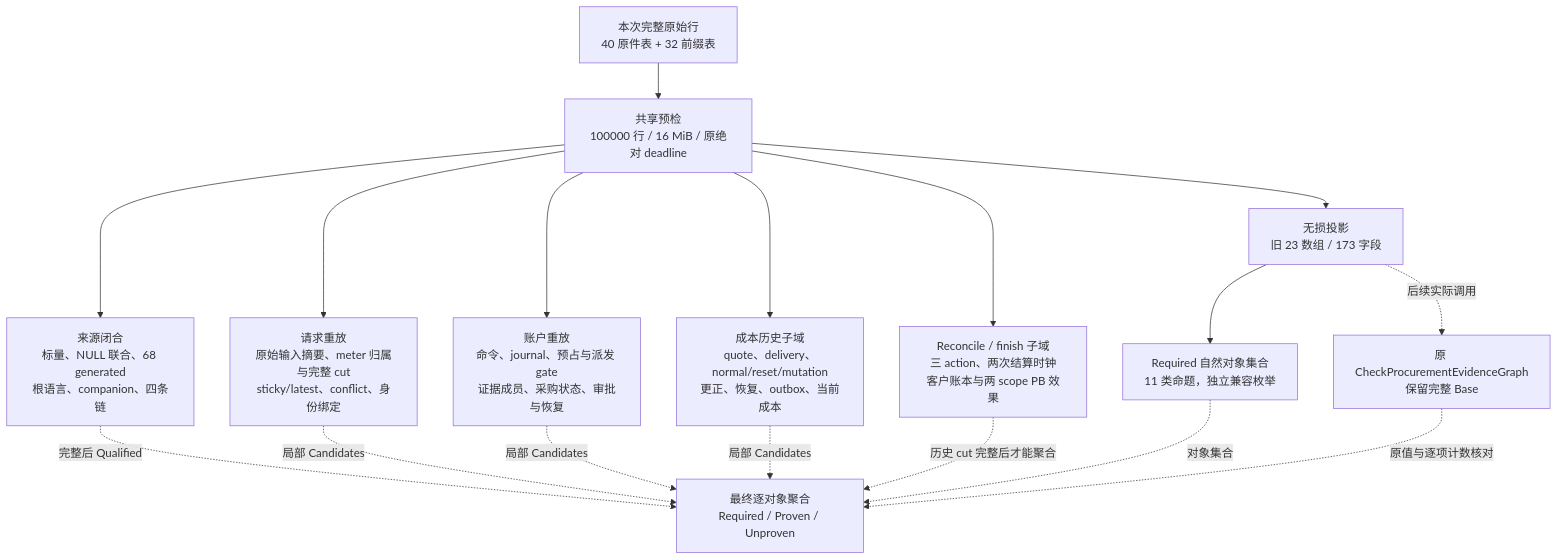
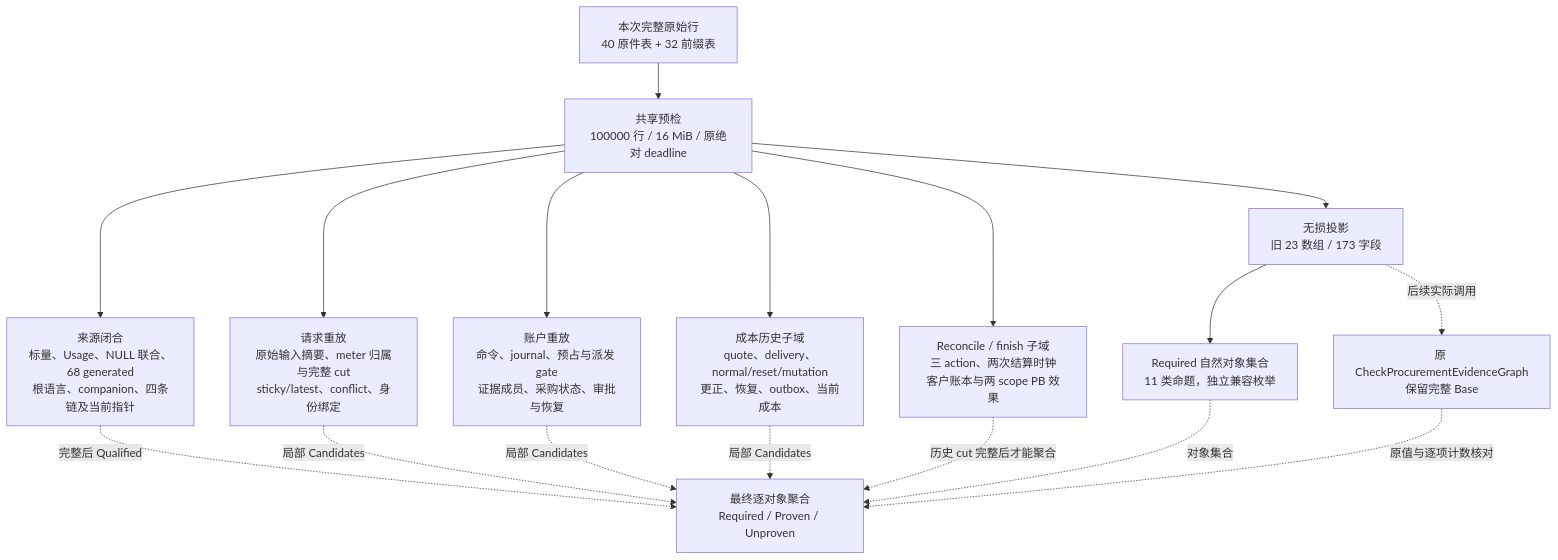
Before and after one commit to workhold/moni-aigate: the diagram in docs/architecture/procurement-replay.md, drawn with Mermaid. The commit also changed other lines of this file and 22 other files, not shown here.

````diff
--- a/docs/architecture/procurement-replay.md
+++ b/docs/architecture/procurement-replay.md
@@ -7,19 +7,19 @@
 ```mermaid
 flowchart TD
     Raw[本次完整原始行\n40 原件表 + 32 前缀表] --> Budget[共享预检\n100000 行 / 16 MiB / 原绝对 deadline]
-    Budget --> Source[来源闭合\n标量、NULL 联合、68 generated\n根语言、companion、四条链]
+    Budget --> Source[来源闭合\n标量、Usage、NULL 联合、68 generated\n根语言、companion、四条链及当前指针]
     Budget --> Request[请求重放\n原始输入摘要、meter 归属与完整 cut\nsticky/latest、conflict、身份绑定]
     Budget --> Account[账户重放\n命令、journal、预占与派发 gate\n证据成员、采购状态、审批与恢复]
     Budget --> Project[无损投影\n旧 23 数组 / 173 字段]
     Project --> Required[Required 自然对象集合\n11 类命题，独立兼容枚举]
     Budget --> Cost[成本历史子域\nquote、delivery、normal/reset/mutation\n更正、恢复、outbox、当前成本]
     Budget --> Finish[Reconcile / finish 子域\n三 action、两次结算时钟\n客户账本与两 scope PB 效果]
     Project -. 后续实际调用 .-> Base[原 CheckProcurementEvidenceGraph\n保留完整 Base]
     Source -. 完整后 Qualified .-> Aggregate[最终逐对象聚合\nRequired / Proven / Unproven]
     Request -. 局部 Candidates .-> Aggregate
     Account -. 局部 Candidates .-> Aggregate
     Cost -. 局部 Candidates .-> Aggregate
     Finish -. 历史 cut 完整后才能聚合 .-> Aggregate
     Required -. 对象集合 .-> Aggregate
     Base -. 原值与逐项计数核对 .-> Aggregate
 ```
````
